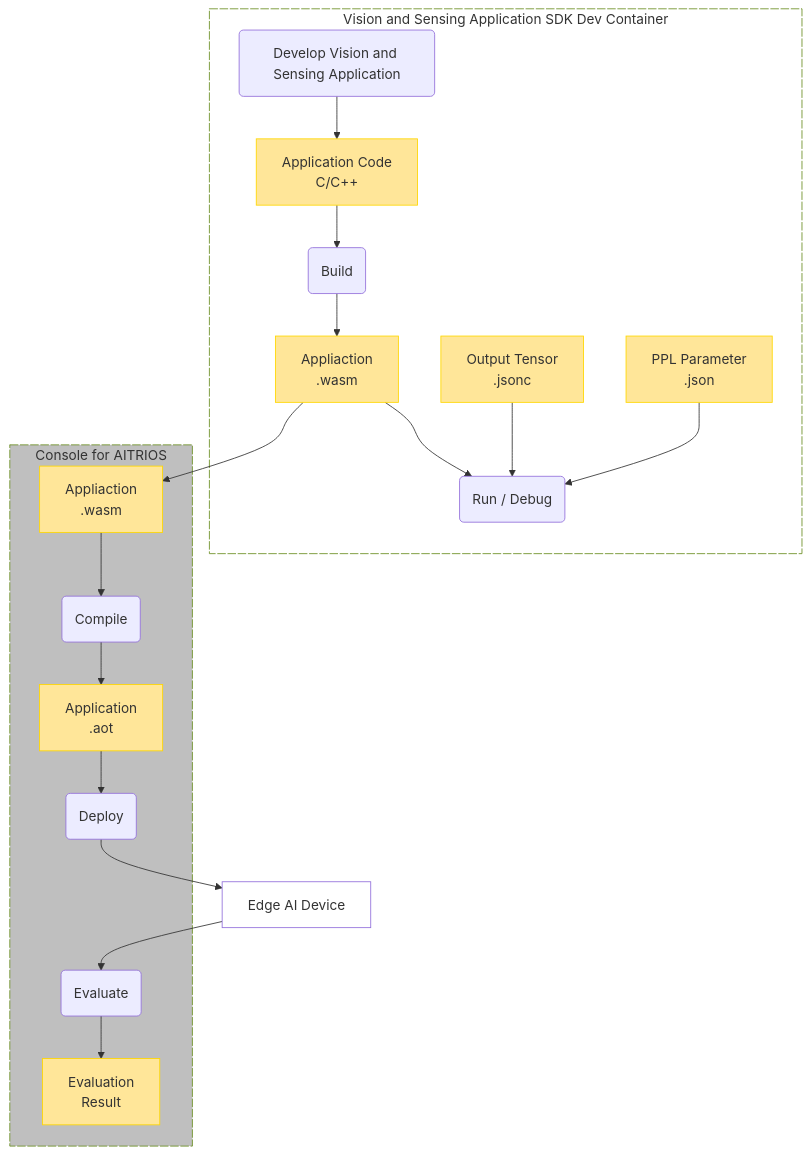
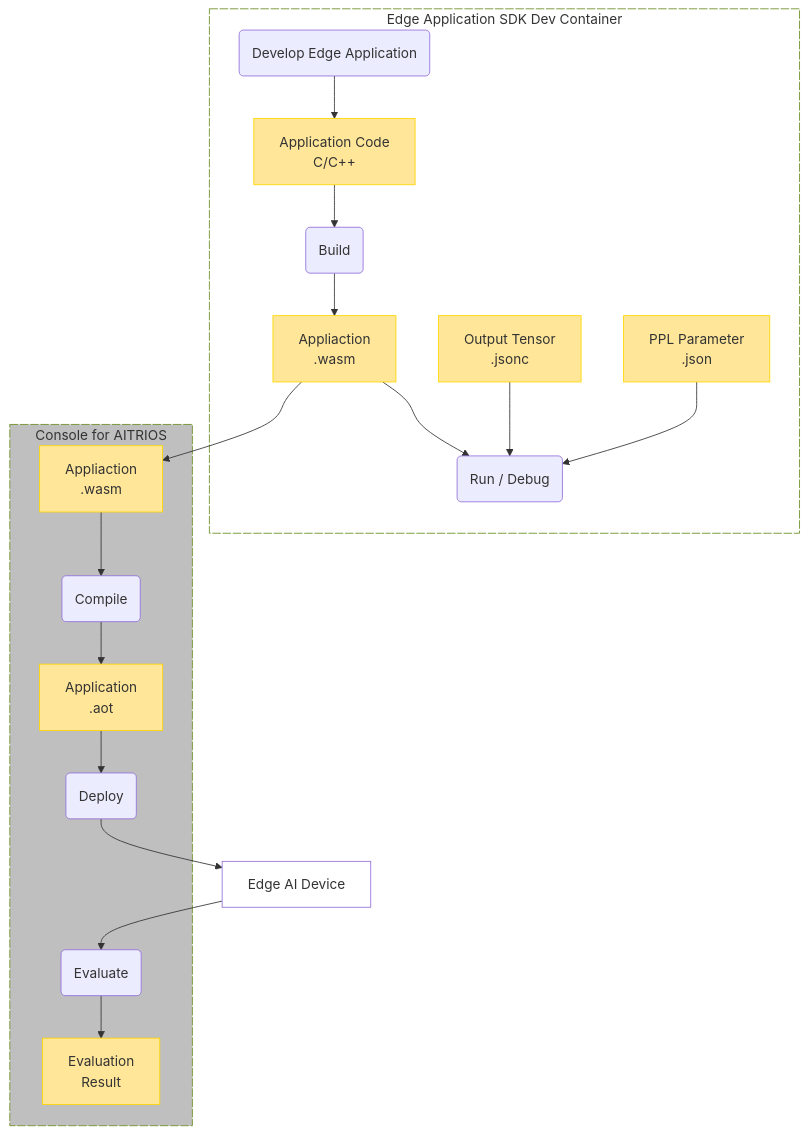
Before and after one commit to ZucchiniTang/aitrios-sdk-vision-sensing-app: the third of 3 diagrams in README.md, drawn with Mermaid. The commit also changed other lines of this file and 170 other files, not shown here.

````diff
--- a/README.md
+++ b/README.md
@@ -152,47 +152,47 @@
 ```mermaid
 %%{init: {'theme': 'default'}}%%
 graph TB;
     style DevContainer fill:#FFFFFF, stroke:#6b8e23, stroke-dasharray: 10 2
     style Console fill:#BFBFBF, stroke:#6b8e23, stroke-dasharray: 10 2
 
     classDef object fill:#FFE699, stroke:#FFD700
     classDef device fill:#FFFFFF
 
     ppl_code[Application Code<br>C/C++]:::object
     output_tensor[Output Tensor<br>.jsonc]:::object
     ppl_parameter[PPL Parameter<br>.json]:::object
     wasm[Appliaction<br>.wasm]:::object
     wasm2[Appliaction<br>.wasm]:::object
     aot[Application<br>.aot]:::object
     eval_result[Evaluation<br>Result]:::object
 
-    develop(Develop Vision and Sensing Application)
+    develop(Develop Edge Application)
     build_wasm(Build)
     debug_wasm(Run / Debug)
     compile_aot(Compile)
     deploy(Deploy)
     eval(Evaluate)
 
     device[Edge AI Device]:::device
 
-    subgraph DevContainer[Vision and Sensing Application SDK Dev Container]
+    subgraph DevContainer[Edge Application SDK Dev Container]
         develop --> ppl_code
         ppl_code --> build_wasm
         build_wasm --> wasm
         wasm --> debug_wasm
         output_tensor --> debug_wasm
         ppl_parameter --> debug_wasm
     end
 
     subgraph Console["Console for AITRIOS"]
         wasm2 --> compile_aot
         compile_aot --> aot
         aot --> deploy
         eval --> eval_result
     end
 
     wasm --> wasm2
     deploy --> device
     device --> eval
 
 ```
````
